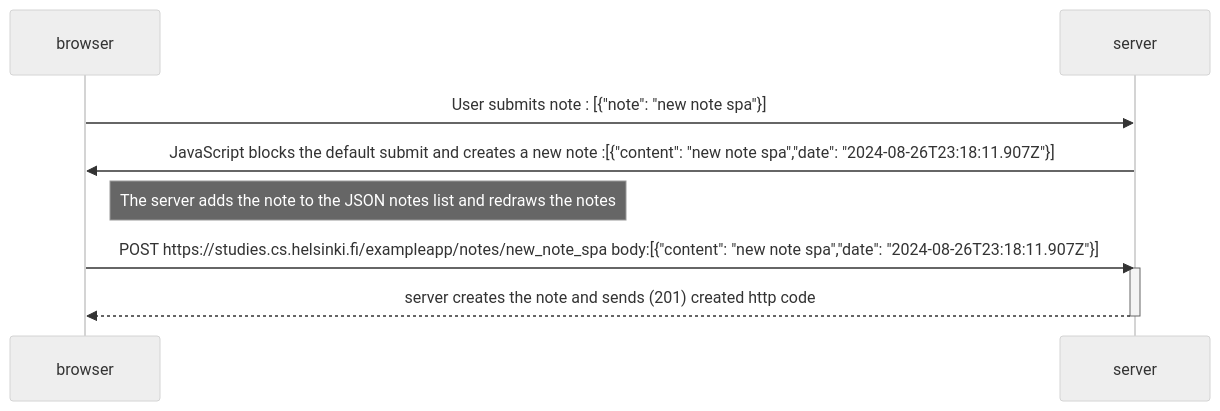
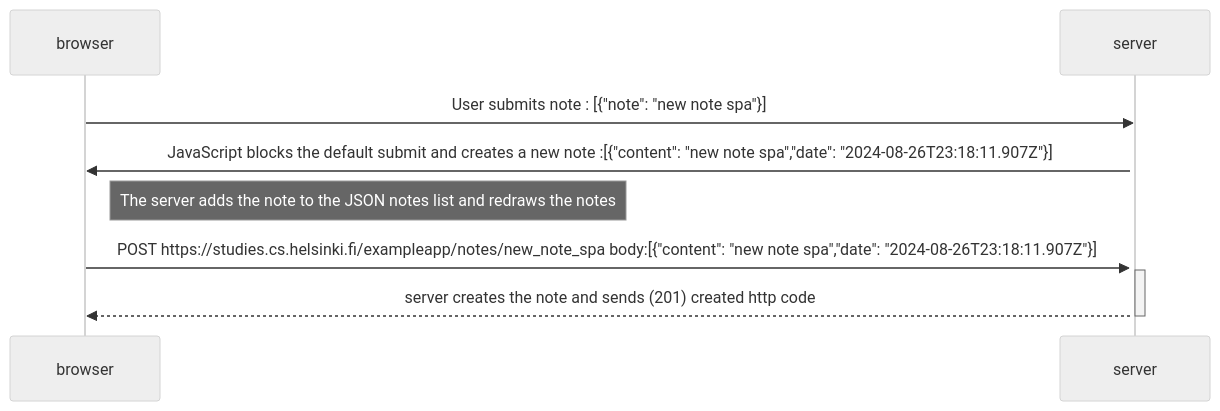
Before and after one commit to boularakSaraManel/FullStackOpen: the diagram in part0/exercise_0_6.md, drawn with Mermaid (neutral theme).

Commit message:
final retouches

````diff
--- a/part0/exercise_0_6.md
+++ b/part0/exercise_0_6.md
@@ -1,16 +1,17 @@
 ```mermaid
 sequenceDiagram
     participant browser
     participant server
 
-    browser->>server: User submits note : [{"note": "new note spa"}] 
+    browser->>server: User submits note : [{"note": "new note spa"}]
+    activate server
     server->>browser: JavaScript blocks the default submit and creates a new note :[{"content": "new note spa","date": "2024-08-26T23:18:11.907Z"}]
 
     Note right of browser: The server adds the note to the JSON notes list and redraws the notes
 
     browser->>server: POST https://studies.cs.helsinki.fi/exampleapp/notes/new_note_spa body:[{"content": "new note spa","date": "2024-08-26T23:18:11.907Z"}] 
     activate server
     server-->>browser: server creates the note and sends (201) created http code 
     deactivate server
 
 ```
````
